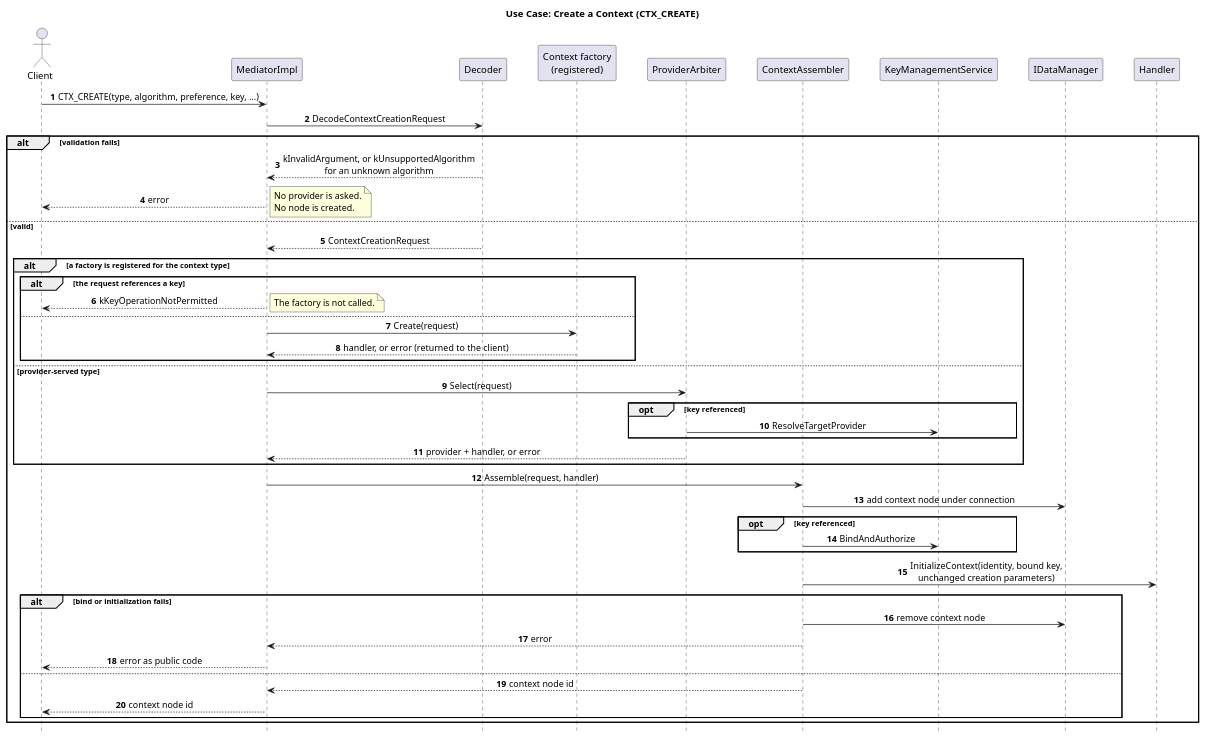
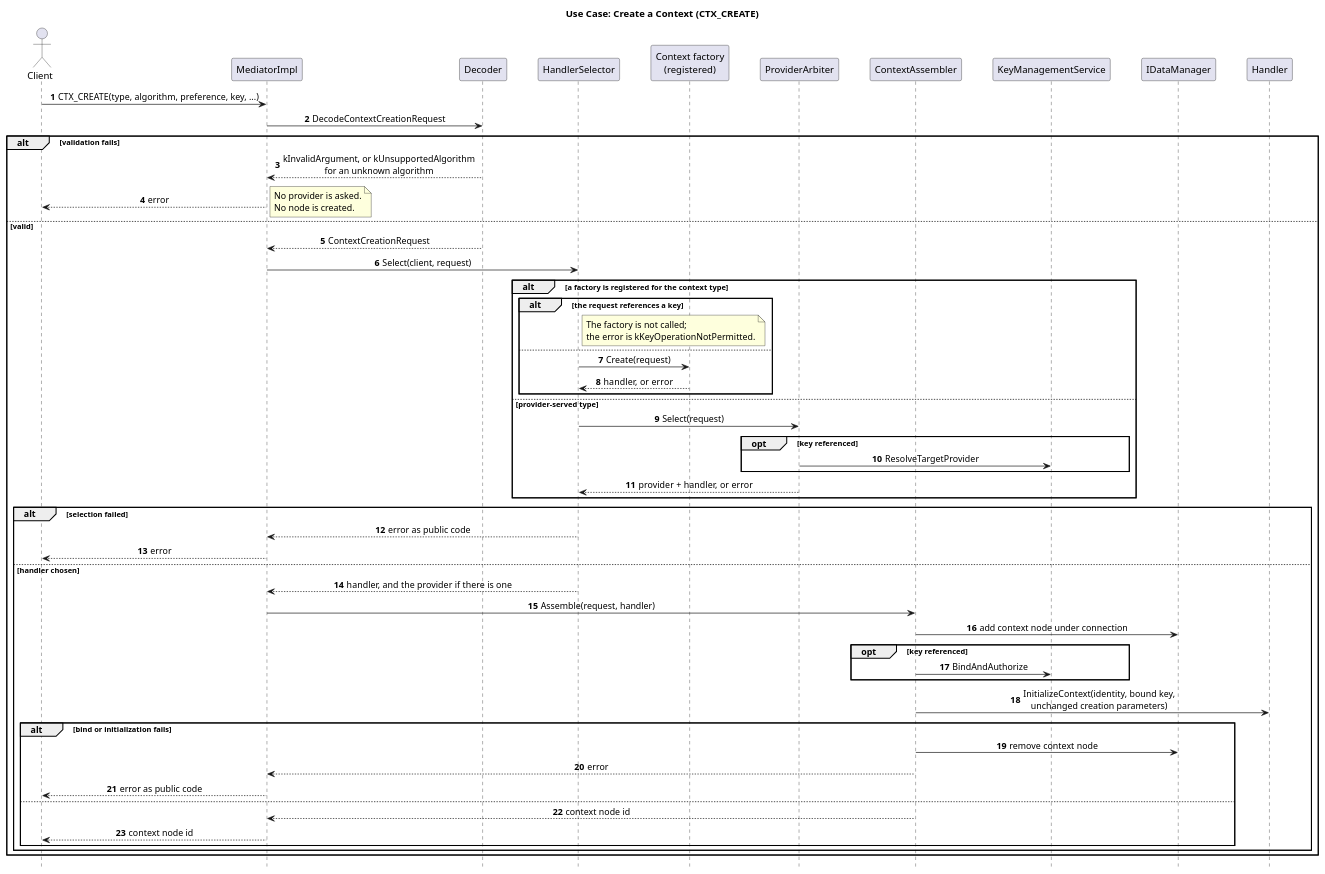
One commit to eclipse-score/inc_security_crypto changed the diagram in score/crypto/src/daemon/mediator/docs/detailed_design/uc_context_creation.puml. Above: the diagram before and after it, drawn with PlantUML. The commit also changed 14 other files, not shown here.

```diff
--- a/score/crypto/src/daemon/mediator/docs/detailed_design/uc_context_creation.puml
+++ b/score/crypto/src/daemon/mediator/docs/detailed_design/uc_context_creation.puml
@@ -14,58 +14,65 @@
 @startuml uc_context_creation
 title Use Case: Create a Context (CTX_CREATE)
 autonumber
 hide footbox
 skinparam shadowing false
 skinparam defaultFontName Arial
 skinparam ParticipantPadding 18
 skinparam sequenceMessageAlign center
 
 actor Client
 participant "MediatorImpl" as Mediator
 participant "Decoder" as Decoder
+participant "HandlerSelector" as Selector
 participant "Context factory\n(registered)" as Factory
 participant "ProviderArbiter" as Arbiter
 participant "ContextAssembler" as Assembler
 participant "KeyManagementService" as KeyMgmt
 participant "IDataManager" as DataMgr
 participant "Handler" as Handler
 
 Client -> Mediator : CTX_CREATE(type, algorithm, preference, key, ...)
 Mediator -> Decoder : DecodeContextCreationRequest
 alt validation fails
   Decoder --> Mediator : kInvalidArgument, or kUnsupportedAlgorithm\nfor an unknown algorithm
   Mediator --> Client : error
   note right: No provider is asked.\nNo node is created.
 else valid
   Decoder --> Mediator : ContextCreationRequest
+  Mediator -> Selector : Select(client, request)
   alt a factory is registered for the context type
     alt the request references a key
-      Mediator --> Client : kKeyOperationNotPermitted
-      note right: The factory is not called.
+      note right of Selector: The factory is not called;\nthe error is kKeyOperationNotPermitted.
     else
-      Mediator -> Factory : Create(request)
-      Factory --> Mediator : handler, or error (returned to the client)
+      Selector -> Factory : Create(request)
+      Factory --> Selector : handler, or error
     end
   else provider-served type
-    Mediator -> Arbiter : Select(request)
+    Selector -> Arbiter : Select(request)
     opt key referenced
       Arbiter -> KeyMgmt : ResolveTargetProvider
     end
-    Arbiter --> Mediator : provider + handler, or error
+    Arbiter --> Selector : provider + handler, or error
   end
-  Mediator -> Assembler : Assemble(request, handler)
-  Assembler -> DataMgr : add context node under connection
-  opt key referenced
-    Assembler -> KeyMgmt : BindAndAuthorize
-  end
-  Assembler -> Handler : InitializeContext(identity, bound key,\nunchanged creation parameters)
-  alt bind or initialization fails
-    Assembler -> DataMgr : remove context node
-    Assembler --> Mediator : error
-    Mediator --> Client : error as public code
-  else
-    Assembler --> Mediator : context node id
-    Mediator --> Client : context node id
+  alt selection failed
+    Selector --> Mediator : error as public code
+    Mediator --> Client : error
+  else handler chosen
+    Selector --> Mediator : handler, and the provider if there is one
+    Mediator -> Assembler : Assemble(request, handler)
+    Assembler -> DataMgr : add context node under connection
+    opt key referenced
+      Assembler -> KeyMgmt : BindAndAuthorize
+    end
+    Assembler -> Handler : InitializeContext(identity, bound key,\nunchanged creation parameters)
+    alt bind or initialization fails
+      Assembler -> DataMgr : remove context node
+      Assembler --> Mediator : error
+      Mediator --> Client : error as public code
+    else
+      Assembler --> Mediator : context node id
+      Mediator --> Client : context node id
+    end
   end
 end
 @enduml
```
